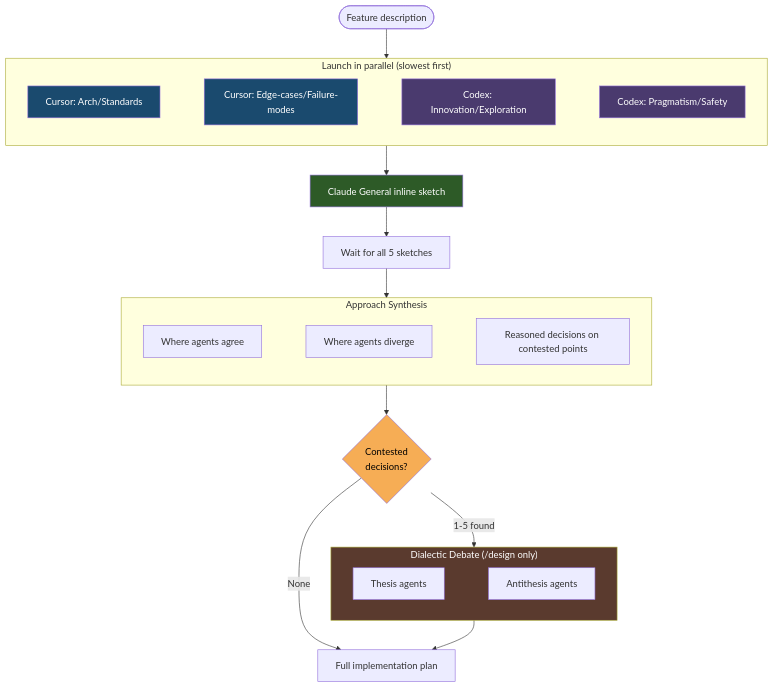
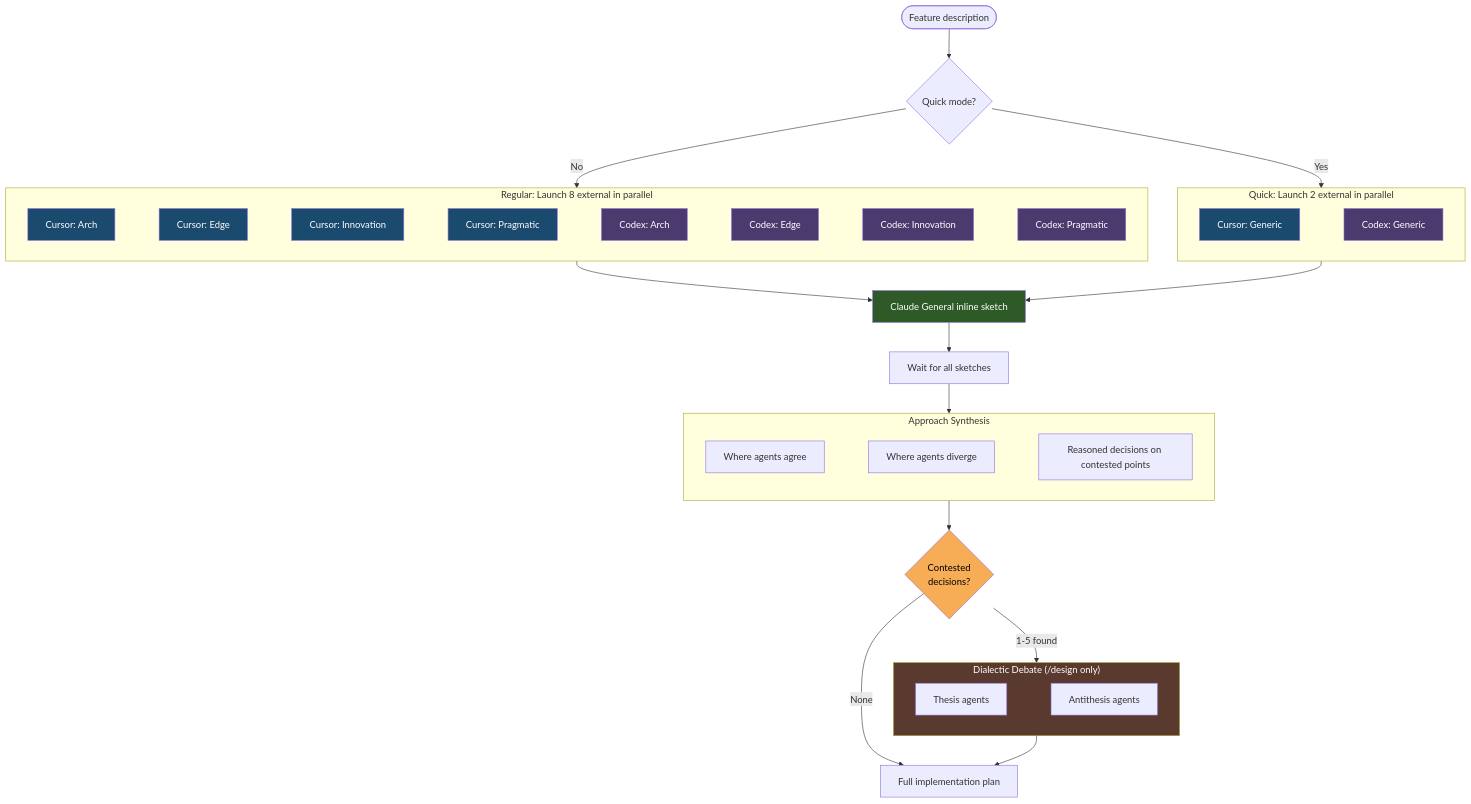
The diagram in docs/collaborative-sketches.md (zhupanov/claudin), drawn with Mermaid before and after one commit. The commit also changed other lines of this file and 14 other files, not shown here.

First line of the commit message:
Overhaul /design sketch agents: 9 regular, 3 quick mode (#922) (#927)

````diff
--- a/docs/collaborative-sketches.md
+++ b/docs/collaborative-sketches.md
@@ -44,39 +62,57 @@
 ```mermaid
 flowchart TD
-    START([Feature description]) --> LAUNCH
+    START([Feature description]) --> MODE{Quick mode?}
+    MODE -->|No| LAUNCH_REG
+    MODE -->|Yes| LAUNCH_QUICK
 
-    subgraph LAUNCH["Launch in parallel (slowest first)"]
+    subgraph LAUNCH_REG["Regular: Launch 8 external in parallel"]
         direction LR
-        CURSOR1[Cursor: Arch/Standards] ~~~ CURSOR2[Cursor: Edge-cases/Failure-modes]
-        CURSOR2 ~~~ CODEX1[Codex: Innovation/Exploration]
-        CODEX1 ~~~ CODEX2[Codex: Pragmatism/Safety]
+        CA[Cursor: Arch] ~~~ CE[Cursor: Edge]
+        CE ~~~ CI[Cursor: Innovation]
+        CI ~~~ CP[Cursor: Pragmatic]
+        CP ~~~ XA[Codex: Arch]
+        XA ~~~ XE[Codex: Edge]
+        XE ~~~ XI[Codex: Innovation]
+        XI ~~~ XP[Codex: Pragmatic]
     end
 
-    LAUNCH --> GENERAL[Claude General inline sketch]
-    GENERAL --> WAIT[Wait for all 5 sketches]
+    subgraph LAUNCH_QUICK["Quick: Launch 2 external in parallel"]
+        direction LR
+        CG[Cursor: Generic] ~~~ XG[Codex: Generic]
+    end
+
+    LAUNCH_REG --> GENERAL[Claude General inline sketch]
+    LAUNCH_QUICK --> GENERAL
+    GENERAL --> WAIT[Wait for all sketches]
     WAIT --> SYNTHESIS[Synthesis]
 
     subgraph SYNTHESIS["Approach Synthesis"]
         AGREE[Where agents agree] ~~~ DIVERGE[Where agents diverge]
         DIVERGE ~~~ DECISION[Reasoned decisions on contested points]
     end
 
     SYNTHESIS --> CHECK{Contested\ndecisions?}
     CHECK -->|None| PLAN[Full implementation plan]
     CHECK -->|1-5 found| DIALECTIC
 
     subgraph DIALECTIC["Dialectic Debate (/design only)"]
         direction LR
         THESIS[Thesis agents] ~~~ ANTITHESIS[Antithesis agents]
     end
 
     DIALECTIC --> PLAN
 
-    style CURSOR1 fill:#1a4a6e,color:#fff
-    style CURSOR2 fill:#1a4a6e,color:#fff
-    style CODEX1 fill:#4a3a6e,color:#fff
-    style CODEX2 fill:#4a3a6e,color:#fff
+    style CA fill:#1a4a6e,color:#fff
+    style CE fill:#1a4a6e,color:#fff
+    style CI fill:#1a4a6e,color:#fff
+    style CP fill:#1a4a6e,color:#fff
+    style XA fill:#4a3a6e,color:#fff
+    style XE fill:#4a3a6e,color:#fff
+    style XI fill:#4a3a6e,color:#fff
+    style XP fill:#4a3a6e,color:#fff
+    style CG fill:#1a4a6e,color:#fff
+    style XG fill:#4a3a6e,color:#fff
     style GENERAL fill:#2d5a27,color:#fff
     style DIALECTIC fill:#5a3a2e,color:#fff
     style CHECK fill:#f6ad55,color:#000
 ```
````
